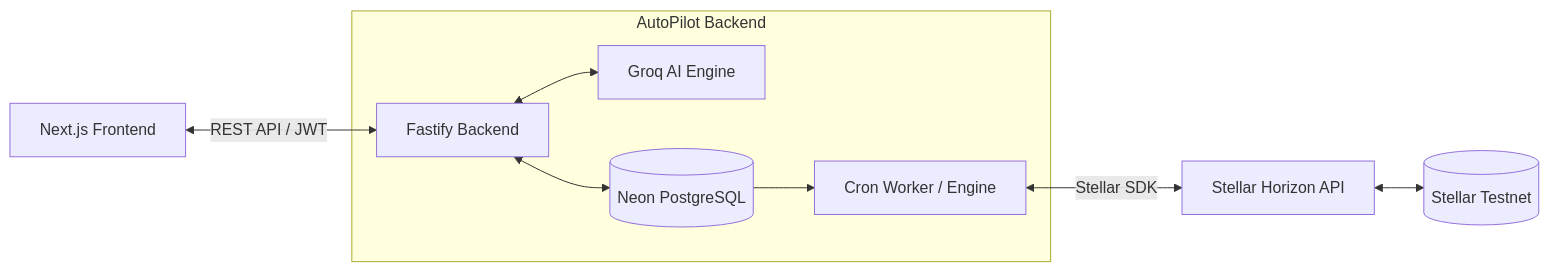
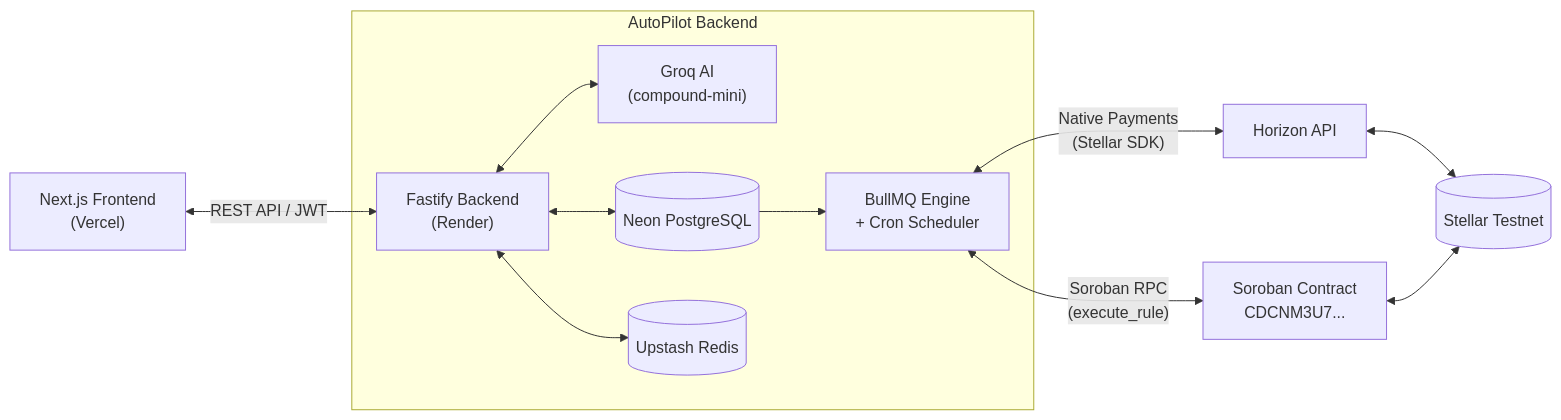
The second of 3 diagrams in README.md (tpal-coder/Autopilot), drawn with Mermaid before and after one commit. The commit also changed other lines of this file, not shown here.

````diff
--- a/README.md
+++ b/README.md
@@ -152,13 +321,16 @@
 ```mermaid
 flowchart LR
-    UI[Next.js Frontend] <-->|REST API / JWT| API[Fastify Backend]
-    
-    subgraph AutoPilot Backend
-    API <--> AI[Groq AI Engine]
-    API <--> DB[(Neon PostgreSQL)]
-    DB --> Engine[Cron Worker / Engine]
+    UI["Next.js Frontend\n(Vercel)"] <-->|"REST API / JWT"| API["Fastify Backend\n(Render)"]
+
+    subgraph Backend_Core ["AutoPilot Backend"]
+        API <--> AI["Groq AI\n(compound-mini)"]
+        API <--> DB[("Neon PostgreSQL")]
+        API <--> Redis[("Upstash Redis")]
+        DB --> Engine["BullMQ Engine\n+ Cron Scheduler"]
     end
-    
-    Engine <-->|Stellar SDK| Horizon[Stellar Horizon API]
-    Horizon <--> Blockchain[(Stellar Testnet)]
+
+    Engine <-->|"Soroban RPC\n(execute_rule)"| Contract["Soroban Contract\nCDCNM3U7..."]
+    Engine <-->|"Native Payments\n(Stellar SDK)"| Horizon["Horizon API"]
+    Horizon <--> Testnet[("Stellar Testnet")]
+    Contract <--> Testnet
 ```
````
